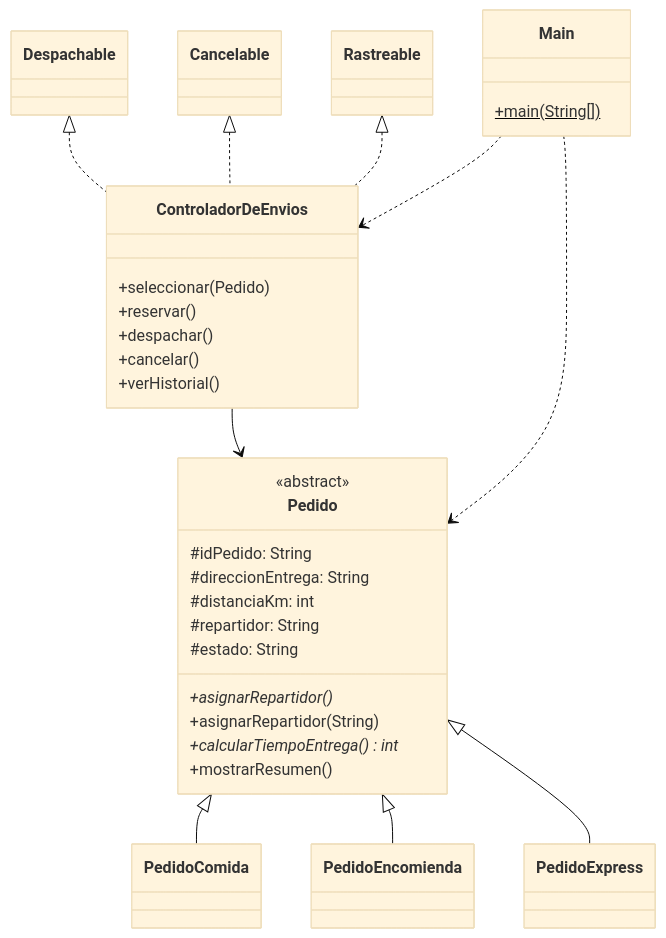
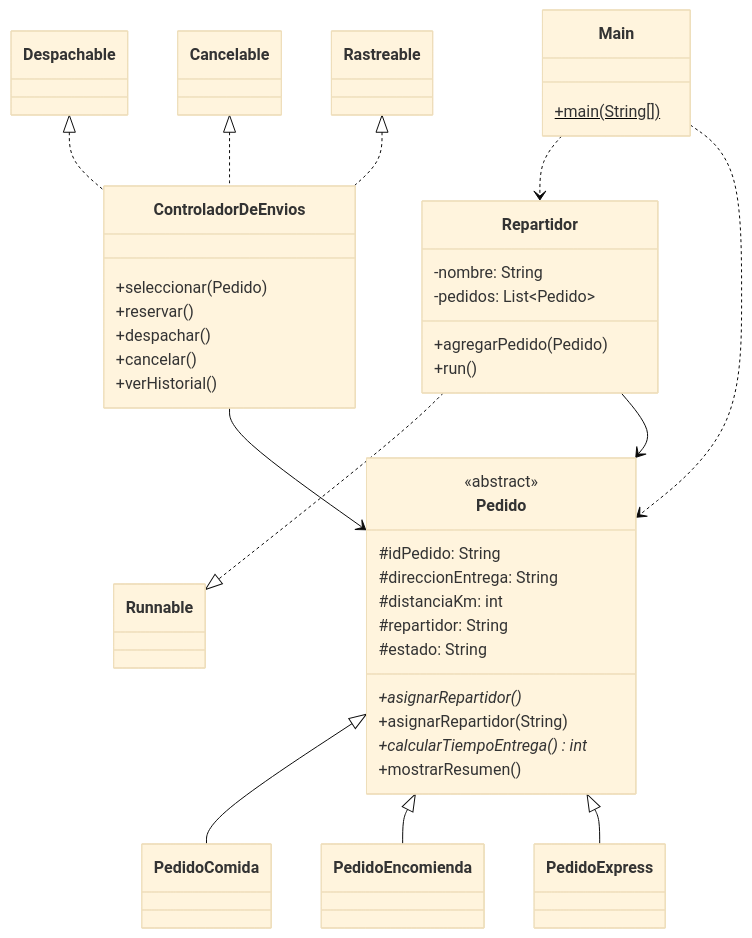
Before and after one commit to JMDevx/OOD-2: the diagram in README.md, drawn with Mermaid (base theme). The commit also changed other lines of this file and 4 other files, not shown here.

````diff
--- a/README.md
+++ b/README.md
@@ -46,34 +50,45 @@
 ```mermaid
 classDiagram
     class Pedido {
         <<abstract>>
         #idPedido: String
         #direccionEntrega: String
         #distanciaKm: int
         #repartidor: String
         #estado: String
         +asignarRepartidor()*
         +asignarRepartidor(String)
         +calcularTiempoEntrega()* int
         +mostrarResumen()
     }
     Pedido <|-- PedidoComida
     Pedido <|-- PedidoEncomienda
     Pedido <|-- PedidoExpress
+
+    class Repartidor {
+        -nombre: String
+        -pedidos: List~Pedido~
+        +agregarPedido(Pedido)
+        +run()
+    }
+    Repartidor ..|> Runnable
+    Repartidor --> Pedido
+
     class ControladorDeEnvios {
         +seleccionar(Pedido)
         +reservar()
         +despachar()
         +cancelar()
         +verHistorial()
     }
     Despachable <|.. ControladorDeEnvios
     Cancelable <|.. ControladorDeEnvios
     Rastreable <|.. ControladorDeEnvios
     ControladorDeEnvios --> Pedido
+
     class Main {
         +main(String[])$
     }
+    Main ..> Repartidor
     Main ..> Pedido
-    Main ..> ControladorDeEnvios
 ```
````
